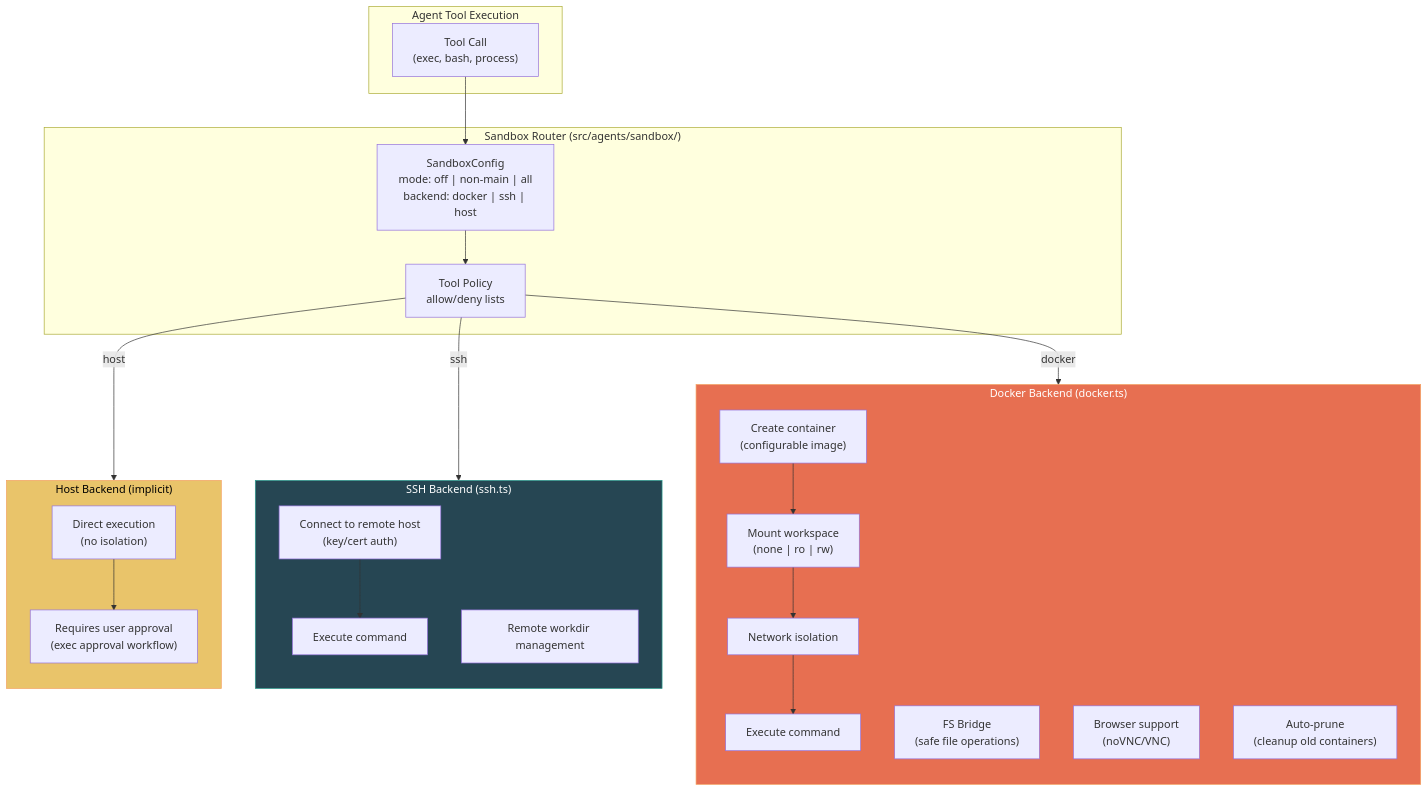
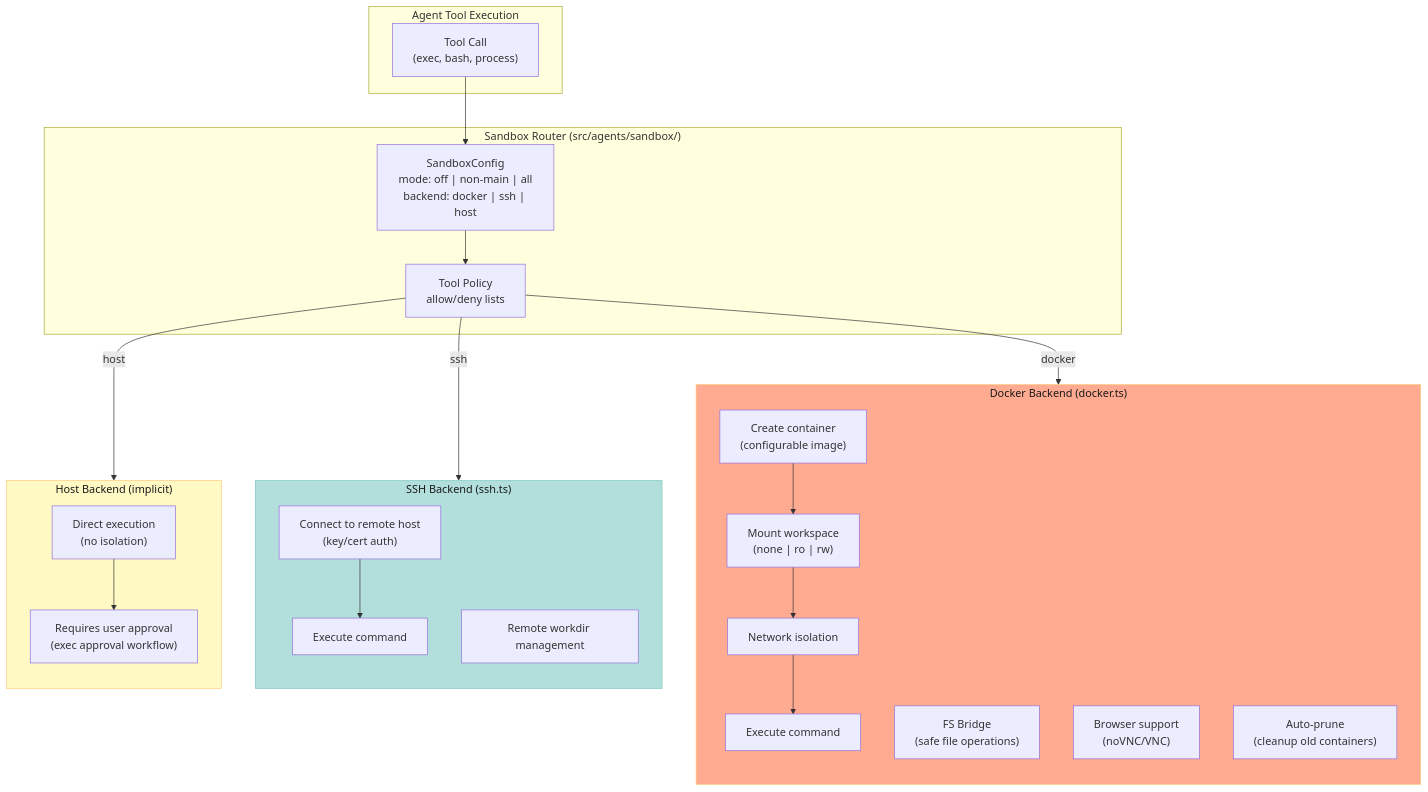
One commit to lordaouy/openclaw changed diagram 20 of 44 in docs/reference/technical-architecture-report.md. Above: the diagram before and after it, drawn with Mermaid. The commit also changed other lines of this file, not shown here.

First line of the commit message:
docs: replace dark Mermaid diagram colors with light readable palette

````diff
--- a/docs/reference/technical-architecture-report.md
+++ b/docs/reference/technical-architecture-report.md
@@ -1120,45 +1120,45 @@
 ```mermaid
 graph TB
     subgraph AgentExecution["Agent Tool Execution"]
         ToolCall["Tool Call\n(exec, bash, process)"]
     end
     
     subgraph SandboxRouter["Sandbox Router (src/agents/sandbox/)"]
         Config["SandboxConfig\nmode: off | non-main | all\nbackend: docker | ssh | host"]
         PolicyCheck["Tool Policy\nallow/deny lists"]
     end
     
     subgraph DockerBackend["Docker Backend (docker.ts)"]
         direction TB
         DockerCreate["Create container\n(configurable image)"]
         DockerMount["Mount workspace\n(none | ro | rw)"]
         DockerNetwork["Network isolation"]
         DockerExec["Execute command"]
         DockerFS["FS Bridge\n(safe file operations)"]
         DockerBrowser["Browser support\n(noVNC/VNC)"]
         DockerPrune["Auto-prune\n(cleanup old containers)"]
     end
     
     subgraph SSHBackend["SSH Backend (ssh.ts)"]
         direction TB
         SSHConnect["Connect to remote host\n(key/cert auth)"]
         SSHExec["Execute command"]
         SSHWorkdir["Remote workdir management"]
     end
     
     subgraph HostBackend["Host Backend (implicit)"]
         direction TB
         HostDirect["Direct execution\n(no isolation)"]
         HostApproval["Requires user approval\n(exec approval workflow)"]
     end
     
     ToolCall --> Config --> PolicyCheck
     PolicyCheck -->|docker| DockerCreate
     DockerCreate --> DockerMount --> DockerNetwork --> DockerExec
     PolicyCheck -->|ssh| SSHConnect --> SSHExec
     PolicyCheck -->|host| HostDirect --> HostApproval
 
-    style DockerBackend fill:#e76f51,stroke:#f4a261,color:white
-    style SSHBackend fill:#264653,stroke:#2a9d8f,color:white
-    style HostBackend fill:#e9c46a,stroke:#f4a261,color:black
+    style DockerBackend fill:#ffab91,stroke:#ffcc80,color:#1a1a1a
+    style SSHBackend fill:#b2dfdb,stroke:#80cbc4,color:#1a1a1a
+    style HostBackend fill:#fff9c4,stroke:#ffcc80,color:#1a1a1a
 ```
````
